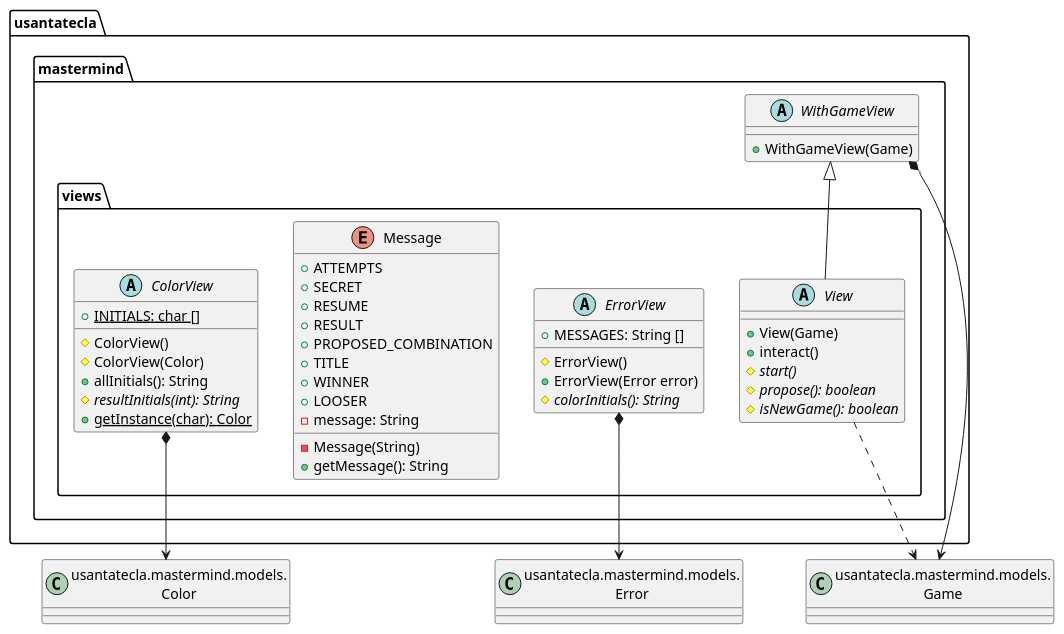
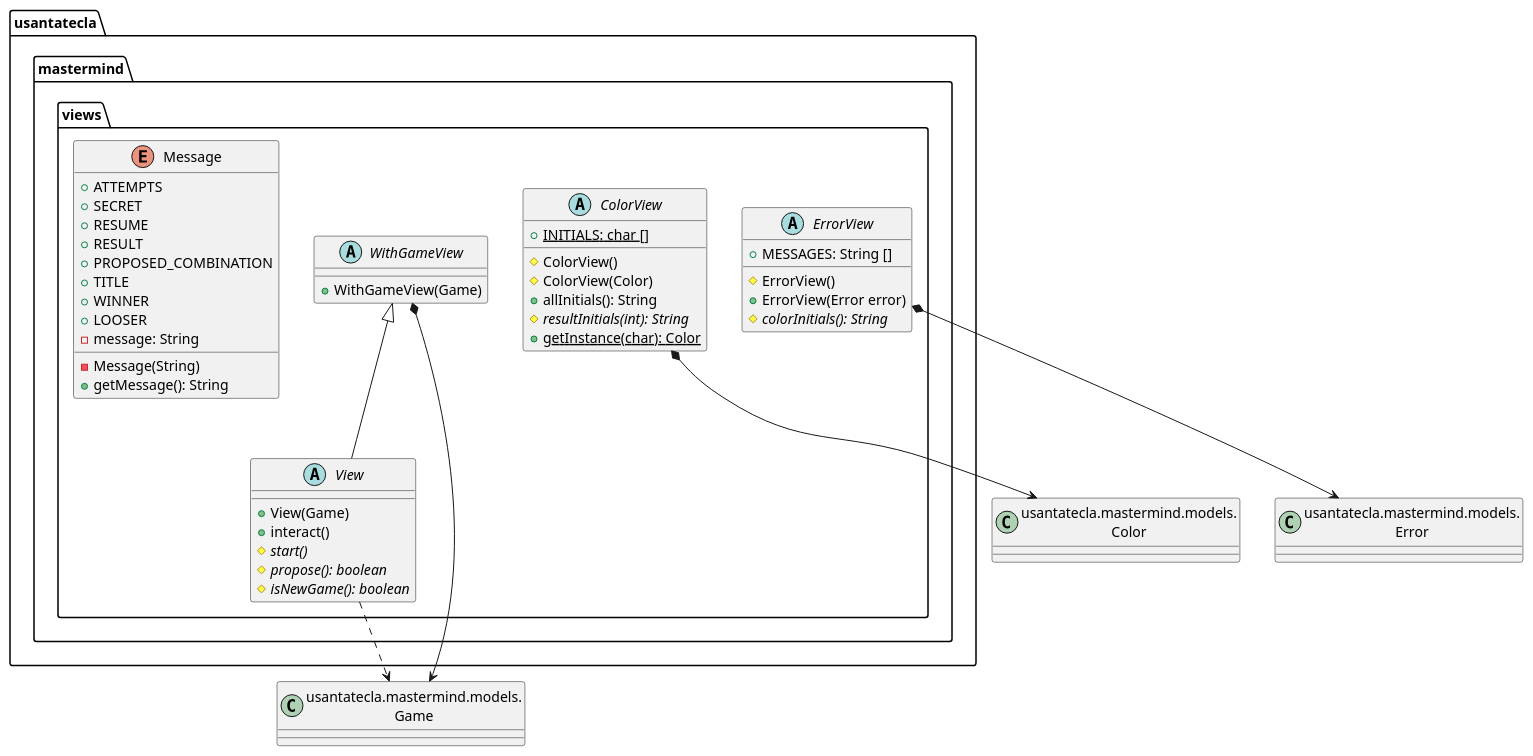
One commit to SantaTecla-mastermind/solution.java.swing.socket.sql changed the second of 7 diagrams in documentView/withoutFactoryMethod/docs/diagrams/src/paquetes.plantuml. Above: the diagram before and after it, drawn with PlantUML. The commit also changed other lines of this file and 44 other files, not shown here.

Commit message:
Some refactor in previous versions. Fixed code + diagrams in withFacade + implemented WithLogicView

```diff
--- a/documentView/withoutFactoryMethod/docs/diagrams/src/paquetes.plantuml
+++ b/documentView/withoutFactoryMethod/docs/diagrams/src/paquetes.plantuml
@@ -24,52 +24,52 @@
 @startuml usantatecla.mastermind.views
 class Error as "usantatecla.mastermind.models.\nError"{}
 class Color as "usantatecla.mastermind.models.\nColor"{}
 class Game as "usantatecla.mastermind.models.\nGame"{}
 
-abstract class usantatecla.mastermind.WithGameView {
+abstract class usantatecla.mastermind.views.WithGameView {
     + WithGameView(Game)
 }
-usantatecla.mastermind.WithGameView *-down-> Game
+usantatecla.mastermind.views.WithGameView *-down-> Game
 
 abstract class usantatecla.mastermind.views.ColorView{
     + {static} INITIALS: char []
     # ColorView()
     # ColorView(Color)
     + allInitials(): String
     # {abstract} resultInitials(int): String
     + {static} getInstance(char): Color
 }
 usantatecla.mastermind.views.ColorView *-down-> Color
 
 abstract class usantatecla.mastermind.views.ErrorView{
     + MESSAGES: String []
     # ErrorView()
     + ErrorView(Error error)
     # {abstract} colorInitials(): String
 }
 usantatecla.mastermind.views.ErrorView *-down-> Error
 
 enum usantatecla.mastermind.views.Message{
     + ATTEMPTS
     + SECRET
     + RESUME
     + RESULT
     + PROPOSED_COMBINATION
     + TITLE
     + WINNER
     + LOOSER
     - message: String
     - Message(String)
     + getMessage(): String
 }
 
 abstract class usantatecla.mastermind.views.View {
     + View(Game)
     + interact()
     # {abstract} start()
     # {abstract} propose(): boolean
     # {abstract} isNewGame(): boolean
 }
-usantatecla.mastermind.views.View -up-|> usantatecla.mastermind.WithGameView
+usantatecla.mastermind.views.View -up-|> usantatecla.mastermind.views.WithGameView
 usantatecla.mastermind.views.View .down.> Game
 @enduml
```
